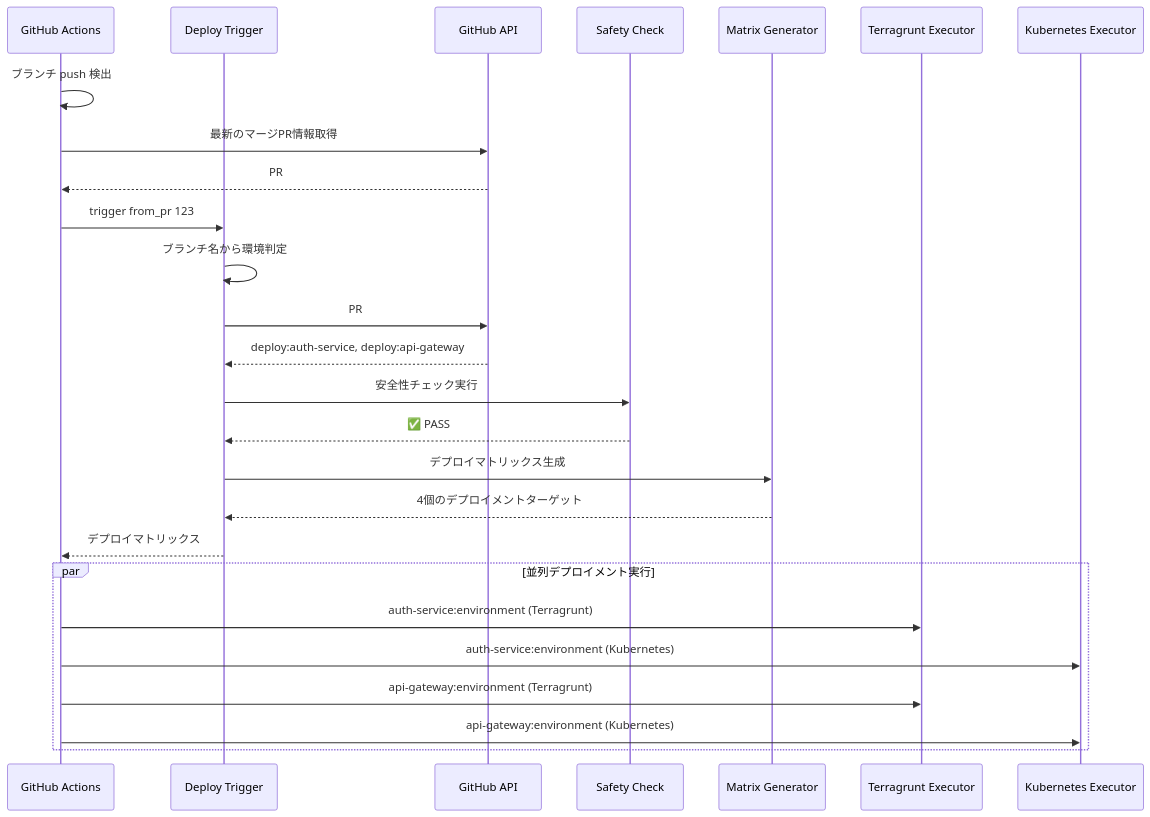
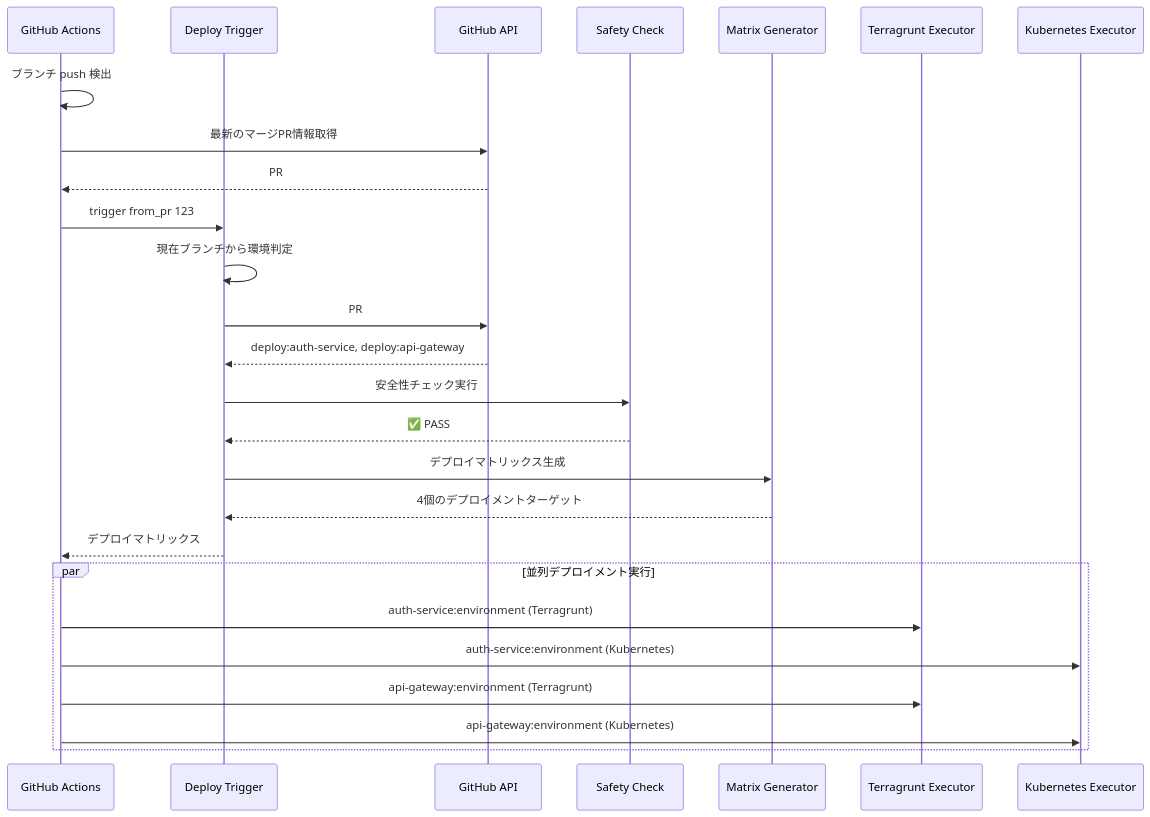
One commit to panicboat/monorepo changed the second of 4 diagrams in .github/scripts/deploy-trigger/README.md. Above: the diagram before and after it, drawn with Mermaid. The commit also changed other lines of this file and 14 other files, not shown here.

````diff
--- a/.github/scripts/deploy-trigger/README.md
+++ b/.github/scripts/deploy-trigger/README.md
@@ -36,33 +36,33 @@
 ```mermaid
 sequenceDiagram
     participant GHA as GitHub Actions
     participant DT as Deploy Trigger
     participant API as GitHub API
     participant Safety as Safety Check
     participant Matrix as Matrix Generator
     participant TG as Terragrunt Executor
     participant K8s as Kubernetes Executor
 
     GHA->>GHA: ブランチ push 検出
     GHA->>API: 最新のマージPR情報取得
     API-->>GHA: PR #123 情報
     GHA->>DT: trigger from_pr 123
 
-    DT->>DT: ブランチ名から環境判定
+    DT->>DT: 現在ブランチから環境判定
     DT->>API: PR #123 の deploy ラベル取得
     API-->>DT: deploy:auth-service, deploy:api-gateway
 
     DT->>Safety: 安全性チェック実行
     Safety-->>DT: ✅ PASS
 
     DT->>Matrix: デプロイマトリックス生成
     Matrix-->>DT: 4個のデプロイメントターゲット
     DT-->>GHA: デプロイマトリックス
 
     par 並列デプロイメント実行
         GHA->>TG: auth-service:environment (Terragrunt)
         GHA->>K8s: auth-service:environment (Kubernetes)
         GHA->>TG: api-gateway:environment (Terragrunt)
         GHA->>K8s: api-gateway:environment (Kubernetes)
     end
 ```
````
